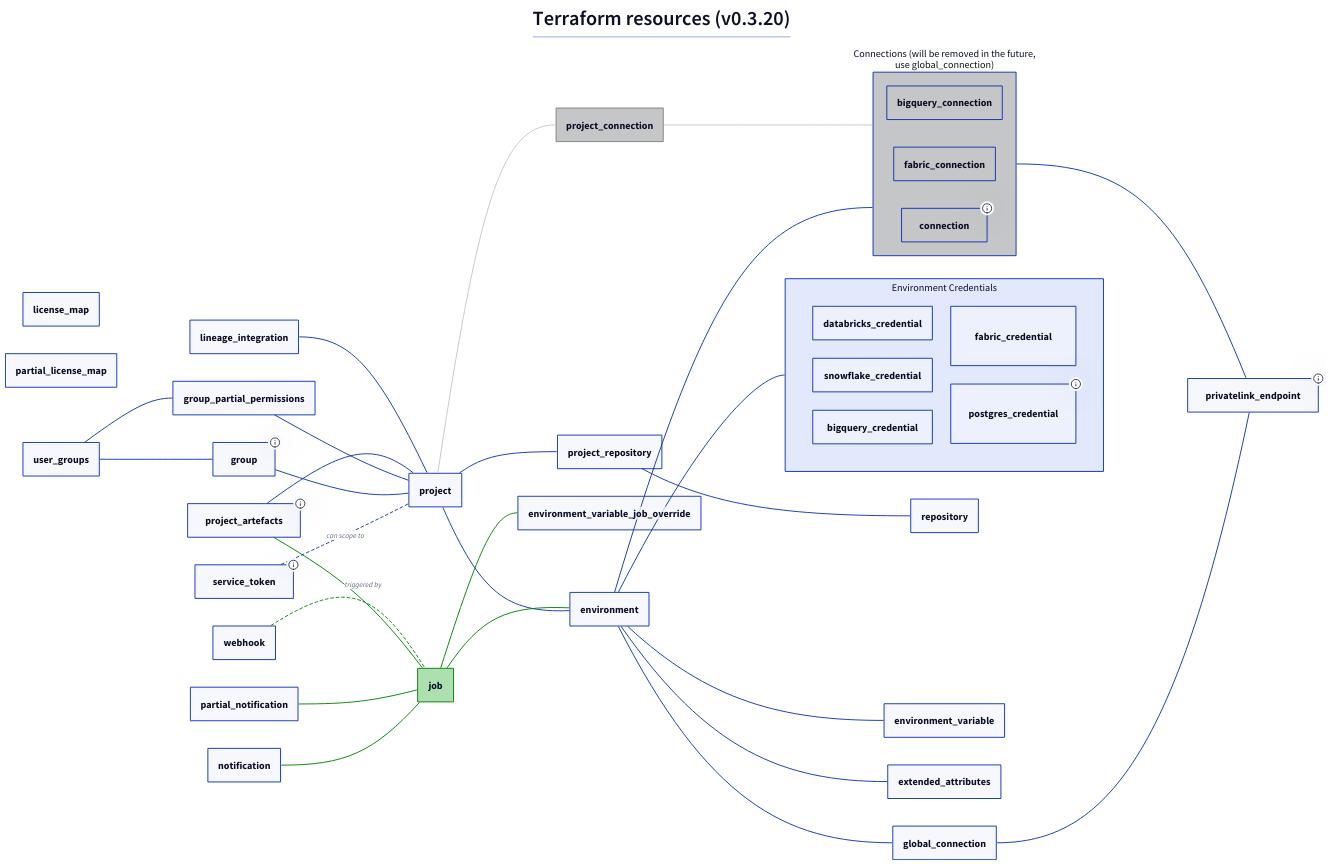
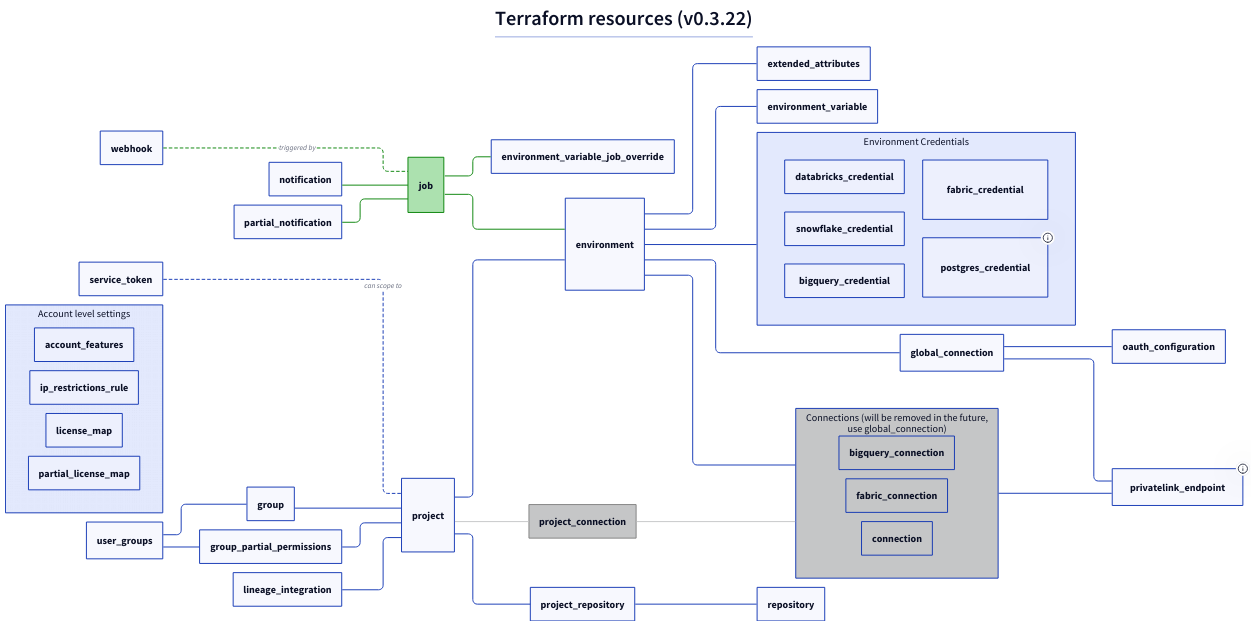
Before and after one commit to dbt-labs/terraform-provider-dbtcloud: the diagram in terraform_resources.d2, drawn with D2. The commit also changed 2 other files, not shown here.

```diff
--- a/terraform_resources.d2
+++ b/terraform_resources.d2
@@ -1,99 +1,107 @@
+vars: {
+  d2-config: {
+    layout-engine: elk
+  }
+}
+
 *.style.font-size: 22
 *.*.style.font-size: 22
 
 title: |md
-  # Terraform resources (v0.3.20)
+  # Terraform resources (v0.3.22)
 | {near: top-center}
 
 direction: right
-
-
-license_map
-partial_license_map
 
 project_connection: {
   style: {
     fill: "#C5C6C7"
     stroke: grey
   }
 }
 
 privatelink_endpoint: {tooltip: Datasource only}
-group: {tooltip: Group permissions as well}
+group
 group_partial_permissions
-service_token: {tooltip: Permissions as well}
-project_artefacts: {tooltip: For setting the project docs and source freshness}
+service_token
 job: {
   style: {
     fill: "#ACE1AF"
     stroke: green
   }
 }
 
 conns: Connections (will be removed in the future,\nuse global_connection) {
   bigquery_connection
   fabric_connection
-  connection: {tooltip: Works for Snowflake, Redshift, Postgres and Databricks}
+  connection
   
   bigquery_connection.style.fill: "#C5C6C7"
   fabric_connection.style.fill: "#C5C6C7"
   connection.style.fill: "#C5C6C7"
 }
 conns.style.fill: "#C5C6C7"
 
 env_creds: Environment Credentials {
   grid-columns: 2
   databricks_credential
   snowflake_credential
   bigquery_credential
   fabric_credential
   postgres_credential: {tooltip: Is used for Redshift as well}
 }
 
 service_token -- project: can scope to {
   style: {
     stroke-dash: 3
   }
 }
 group -- project
 group_partial_permissions -- project
 user_groups -- group
 user_groups -- group_partial_permissions
 project -- environment
 job -- environment
 job -- environment_variable_job_override
 notification -- job
 partial_notification -- job
-project_artefacts -- job
 
-project_artefacts -- project
 webhook -- job: triggered by {
   style: {
     stroke-dash: 3
   }
 }
 environment -- global_connection
 environment -- conns
 global_connection -- privatelink_endpoint
+global_connection -- oauth_configuration
 
 environment -- env_creds
 conns -- privatelink_endpoint
 project -- project_repository
 lineage_integration -- project
 project_repository -- repository
 environment -- environment_variable
 environment -- extended_attributes
 
 project -- project_connection {
   style: {
     stroke: "#C5C6C7"
   }
 }
 project_connection -- conns {
   style: {
     stroke: "#C5C6C7"
   }
 }
 
 (job -- *)[*].style.stroke: green
 (* -- job)[*].style.stroke: green
+
+account_level_settings: "Account level settings" {
+  account_features
+  ip_restrictions_rule
+  license_map
+  partial_license_map
+}
+account_level_settings.style.fill-pattern: dots
```
